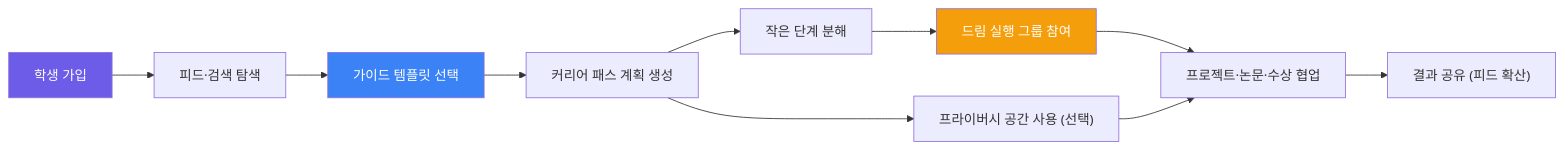
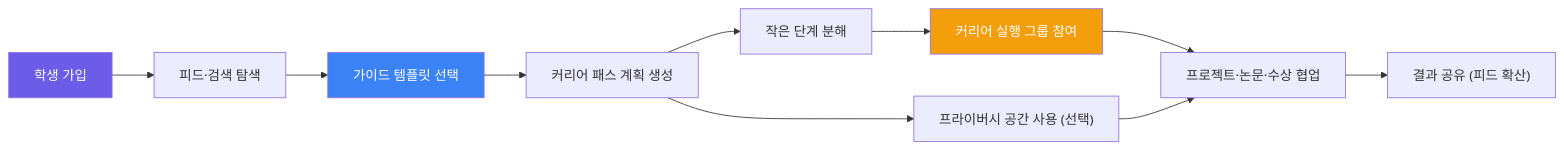
Before and after one commit to Collegenie-X/AI-career-path: the fourth of 6 diagrams in INVESTMENT_PROPOSAL.md, drawn with Mermaid. The commit also changed other lines of this file and 1 other file, not shown here.

````diff
--- a/INVESTMENT_PROPOSAL.md
+++ b/INVESTMENT_PROPOSAL.md
@@ -328,16 +328,16 @@
 ```mermaid
 graph LR
     A["학생 가입"] --> B["피드·검색 탐색"]
     B --> C["가이드 템플릿 선택"]
     C --> D["커리어 패스 계획 생성"]
     D --> E["작은 단계 분해"]
-    E --> F["드림 실행 그룹 참여"]
+    E --> F["커리어 실행 그룹 참여"]
     F --> G["프로젝트·논문·수상 협업"]
     G --> H["결과 공유 (피드 확산)"]
     D --> I["프라이버시 공간 사용 (선택)"]
     I --> G
 
     style A fill:#6C5CE7,color:#fff
     style C fill:#3B82F6,color:#fff
     style F fill:#F59E0B,color:#fff
 ```
````
